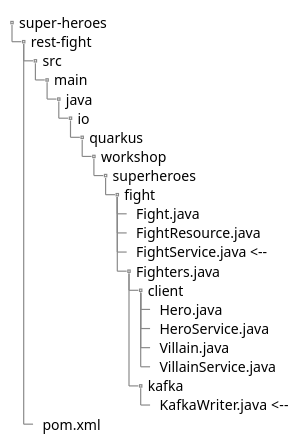
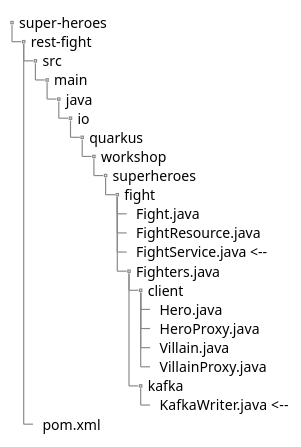
Before and after one commit to quarkusio/quarkus-workshops: the diagram in quarkus-workshop-super-heroes/docs/src/main/asciidoc/6-messaging/messaging-sending-to-kafka.adoc, drawn with PlantUML. The commit also changed other lines of this file and 2 other files, not shown here.

```diff
--- a/quarkus-workshop-super-heroes/docs/src/main/asciidoc/6-messaging/messaging-sending-to-kafka.adoc
+++ b/quarkus-workshop-super-heroes/docs/src/main/asciidoc/6-messaging/messaging-sending-to-kafka.adoc
@@ -10,32 +10,32 @@
 [plantuml]
 ----
 @startsalt
 {
 {
 T
 super-heroes
 +  rest-fight
 ++  src
 +++  main
 ++++  java
 +++++  io
 ++++++  quarkus
 +++++++  workshop
 ++++++++  superheroes
 +++++++++  fight
 ++++++++++  Fight.java
 ++++++++++  FightResource.java
 ++++++++++  FightService.java <--
 ++++++++++  Fighters.java
 +++++++++++ client
 ++++++++++++ Hero.java
-++++++++++++ HeroService.java
+++++++++++++ HeroProxy.java
 ++++++++++++ Villain.java
-++++++++++++ VillainService.java
+++++++++++++ VillainProxy.java
 +++++++++++ kafka
 ++++++++++++ KafkaWriter.java <--
 ++  pom.xml
 }
 }
 @endsalt
 ----
```
